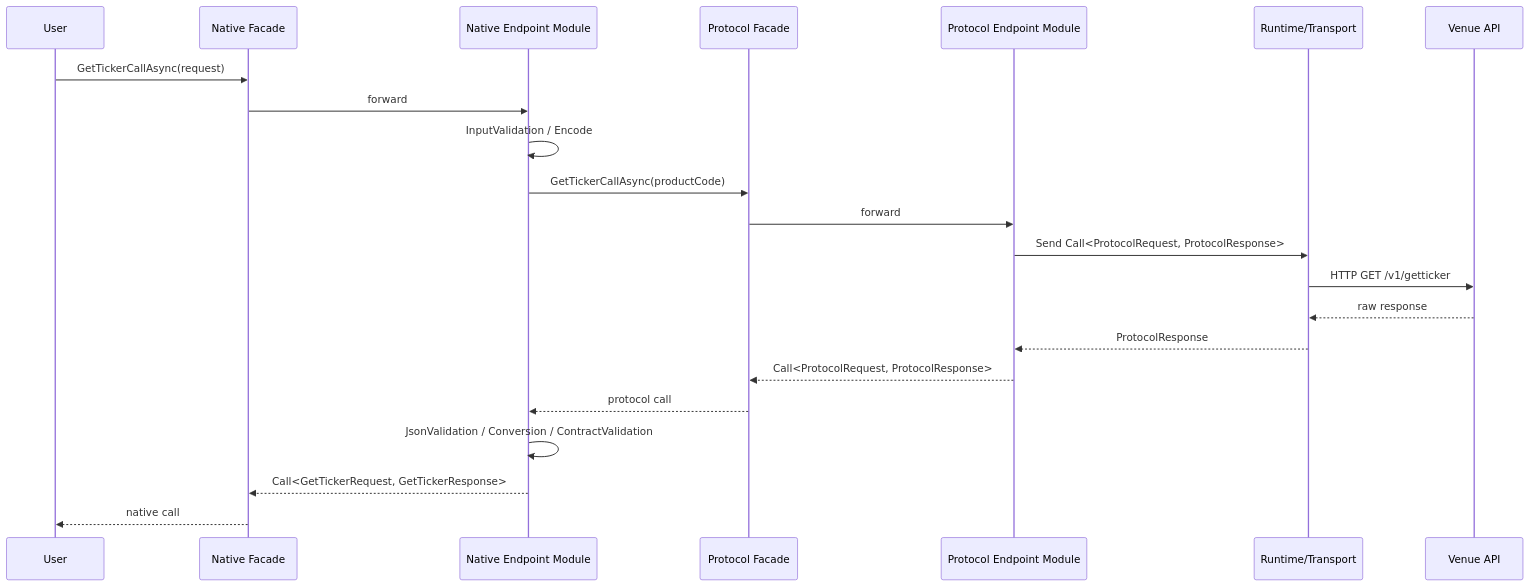
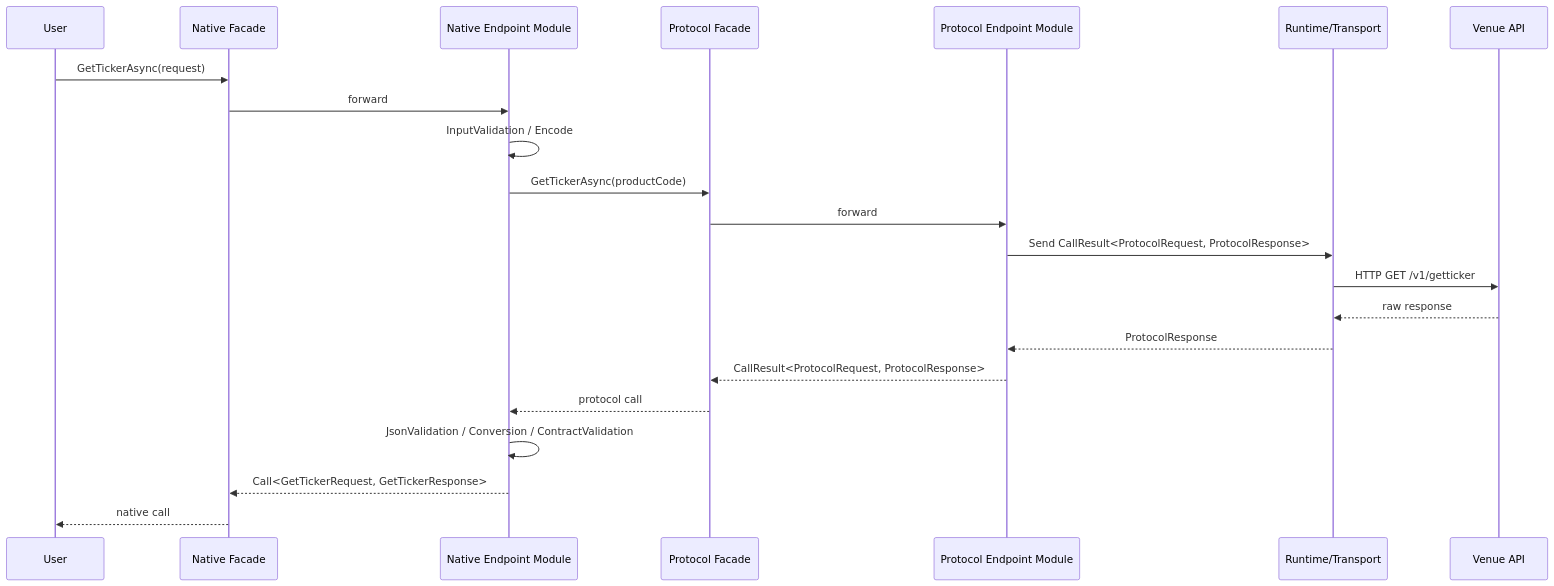
The third of 3 diagrams in docs/spec.md (tkoba0410/ExchangeAPI), drawn with Mermaid before and after one commit. The commit also changed other lines of this file and 34 other files, not shown here.

````diff
--- a/docs/spec.md
+++ b/docs/spec.md
@@ -101,25 +118,25 @@
 ```mermaid
 sequenceDiagram
     participant User as User
     participant NF as Native Facade
     participant NM as Native Endpoint Module
     participant PF as Protocol Facade
     participant PM as Protocol Endpoint Module
     participant RT as Runtime/Transport
     participant BF as Venue API
 
-    User->>NF: GetTickerCallAsync(request)
+    User->>NF: GetTickerAsync(request)
     NF->>NM: forward
     NM->>NM: InputValidation / Encode
-    NM->>PF: GetTickerCallAsync(productCode)
+    NM->>PF: GetTickerAsync(productCode)
     PF->>PM: forward
-    PM->>RT: Send Call<ProtocolRequest, ProtocolResponse>
+    PM->>RT: Send CallResult<ProtocolRequest, ProtocolResponse>
     RT->>BF: HTTP GET /v1/getticker
     BF-->>RT: raw response
     RT-->>PM: ProtocolResponse
-    PM-->>PF: Call<ProtocolRequest, ProtocolResponse>
+    PM-->>PF: CallResult<ProtocolRequest, ProtocolResponse>
     PF-->>NM: protocol call
     NM->>NM: JsonValidation / Conversion / ContractValidation
     NM-->>NF: Call<GetTickerRequest, GetTickerResponse>
     NF-->>User: native call
 ```
````
